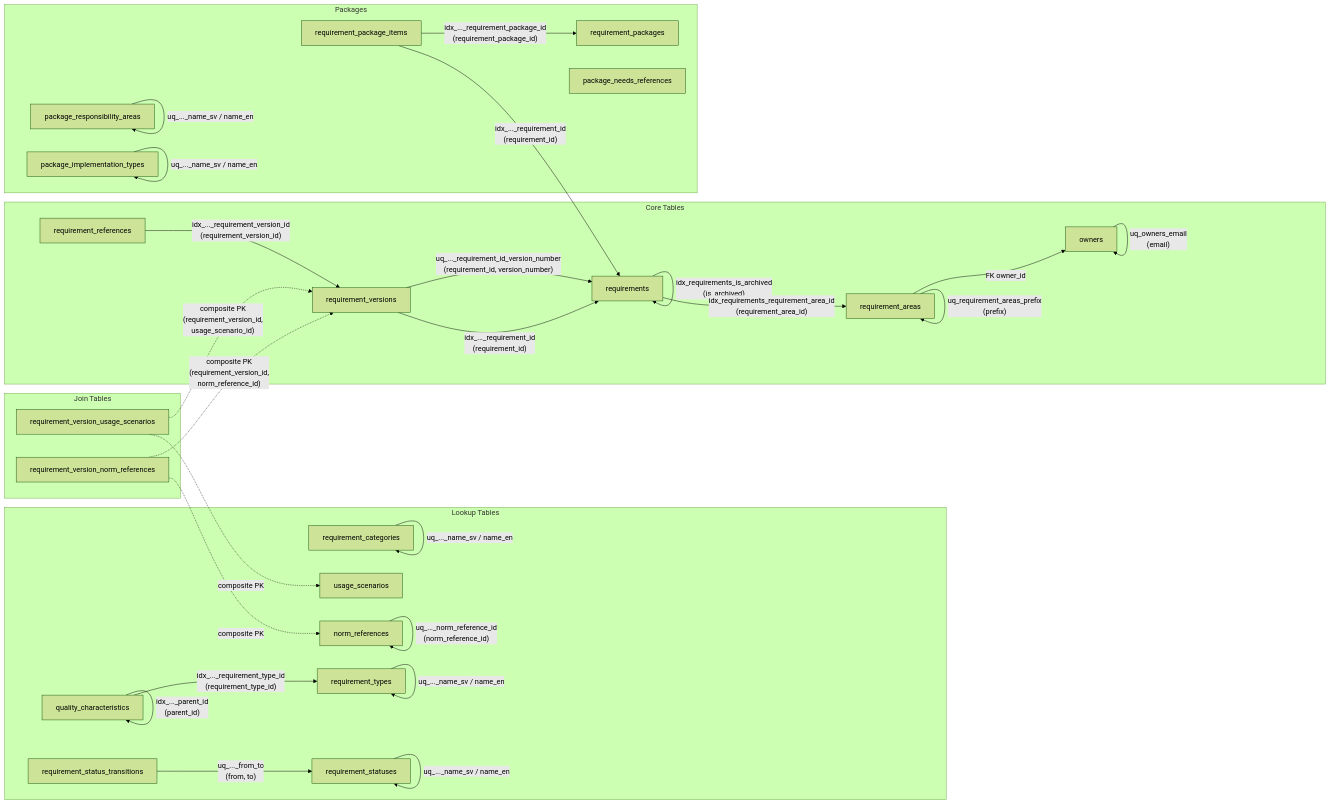
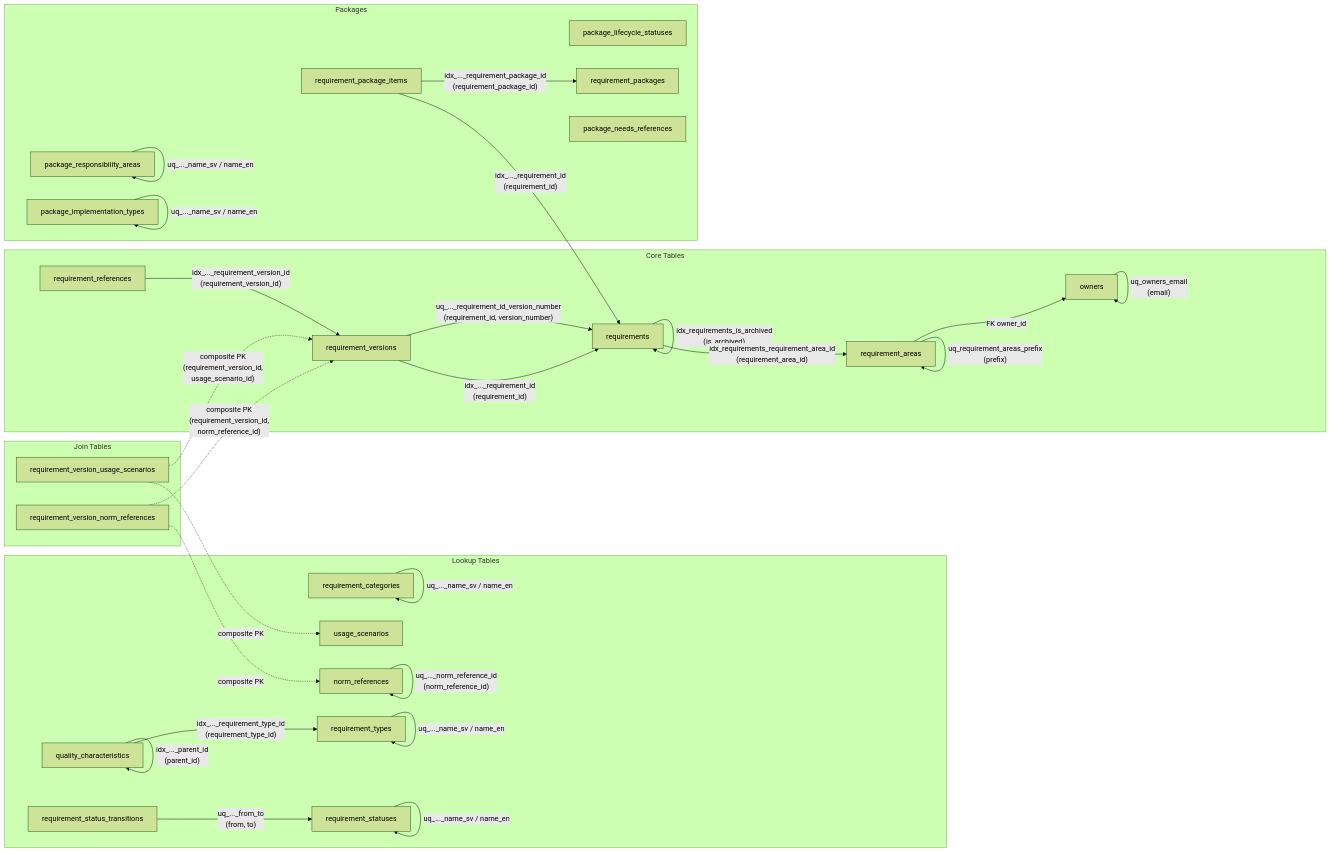
The second of 2 diagrams in docs/database-schema.md (viscalyx/Kravhantering), drawn with Mermaid (forest theme) before and after one commit. The commit also changed other lines of this file and 31 other files, not shown here.

First line of the commit message:
feat: add package lifecycle statuses management

````diff
--- a/docs/database-schema.md
+++ b/docs/database-schema.md
@@ -948,67 +974,68 @@
 ```mermaid
 graph LR
     subgraph Lookup Tables
         RC[requirement_categories]
         RT[requirement_types]
         RTC[quality_characteristics]
         RS[requirement_statuses]
         RST[requirement_status_transitions]
         RSC[usage_scenarios]
         NR[norm_references]
     end
 
     subgraph Core Tables
         OW[owners]
         RA[requirement_areas]
         R[requirements]
         RV[requirement_versions]
         RR[requirement_references]
     end
 
     subgraph Packages
         PRA[package_responsibility_areas]
         PIT[package_implementation_types]
+        PLS[package_lifecycle_statuses]
         RP[requirement_packages]
         PNR[package_needs_references]
         RPI[requirement_package_items]
     end
 
     subgraph Join Tables
         RVS[requirement_version_usage_scenarios]
         RVNR[requirement_version_norm_references]
     end
 
     OW -- "uq_owners_email\n(email)" --> OW
     RA -- "FK owner_id" --> OW
     RA -- "uq_requirement_areas_prefix\n(prefix)" --> RA
     R -- "uq_requirements_unique_id\n(unique_id)" --> R
     R -- "idx_requirements_requirement_area_id\n(requirement_area_id)" --> RA
     R -- "idx_requirements_is_archived\n(is_archived)" --> R
 
     RV -- "uq_..._requirement_id_version_number\n(requirement_id, version_number)" --> R
     RV -- "idx_..._requirement_id\n(requirement_id)" --> R
 
     RR -- "idx_..._requirement_version_id\n(requirement_version_id)" --> RV
 
     RTC -- "idx_..._requirement_type_id\n(requirement_type_id)" --> RT
     RTC -- "idx_..._parent_id\n(parent_id)" --> RTC
 
     RST -- "uq_..._from_to\n(from, to)" --> RS
 
     RC -- "uq_..._name_sv / name_en" --> RC
     RT -- "uq_..._name_sv / name_en" --> RT
     RS -- "uq_..._name_sv / name_en" --> RS
 
     RPI -- "idx_..._requirement_package_id\n(requirement_package_id)" --> RP
     RPI -- "idx_..._requirement_id\n(requirement_id)" --> R
 
     PRA -- "uq_..._name_sv / name_en" --> PRA
     PIT -- "uq_..._name_sv / name_en" --> PIT
 
     RVS -. "composite PK\n(requirement_version_id,\nusage_scenario_id)" .-> RV
     RVS -. "composite PK" .-> RSC
 
     RVNR -. "composite PK\n(requirement_version_id,\nnorm_reference_id)" .-> RV
     RVNR -. "composite PK" .-> NR
     NR -- "uq_..._norm_reference_id\n(norm_reference_id)" --> NR
 ```
````
